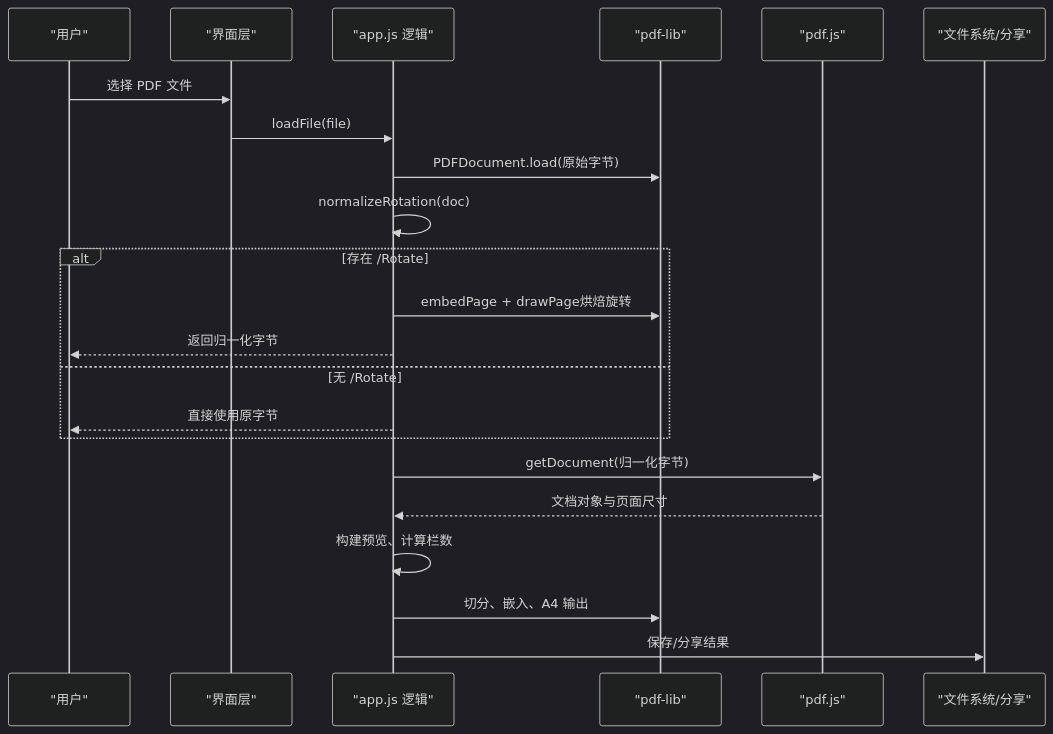
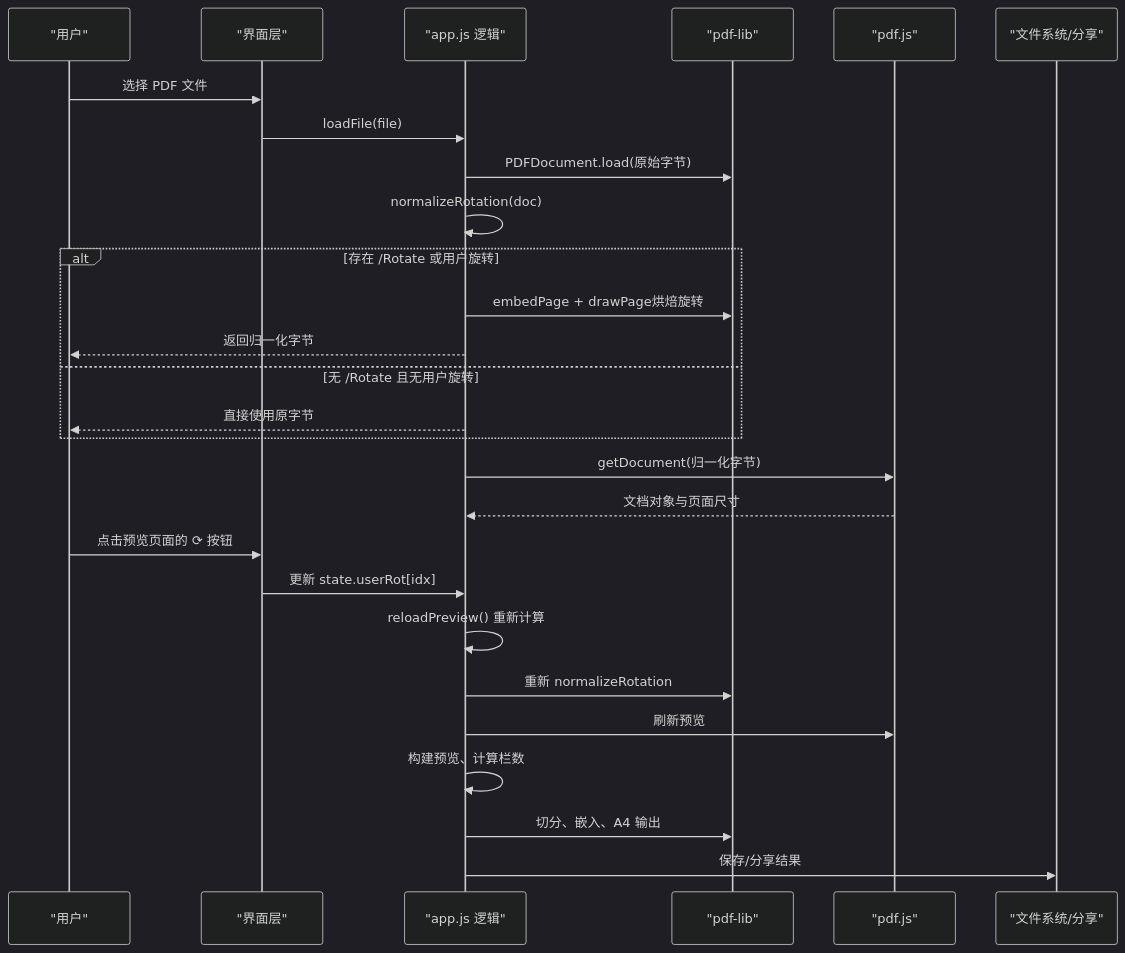
Before and after one commit to wzh8080/PDFTools: the second of 8 diagrams in .qoder/repowiki/zh/content/PDF处理引擎/旋转校正算法.md, drawn with Mermaid (dark theme). The commit also changed other lines of this file and 30 other files, not shown here.

````diff
--- a/.qoder/repowiki/zh/content/PDF处理引擎/旋转校正算法.md
+++ b/.qoder/repowiki/zh/content/PDF处理引擎/旋转校正算法.md
@@ -74,24 +89,29 @@
 ```mermaid
 sequenceDiagram
 participant User as "用户"
 participant UI as "界面层"
 participant App as "app.js 逻辑"
 participant PL as "pdf-lib"
 participant PJ as "pdf.js"
 participant FS as "文件系统/分享"
 User->>UI : 选择 PDF 文件
 UI->>App : loadFile(file)
 App->>PL : PDFDocument.load(原始字节)
 App->>App : normalizeRotation(doc)
-alt 存在 /Rotate
+alt 存在 /Rotate 或用户旋转
 App->>PL : embedPage + drawPage烘焙旋转
 App-->>User : 返回归一化字节
-else 无 /Rotate
+else 无 /Rotate 且无用户旋转
 App-->>User : 直接使用原字节
 end
 App->>PJ : getDocument(归一化字节)
 PJ-->>App : 文档对象与页面尺寸
+User->>UI : 点击预览页面的 ⟳ 按钮
+UI->>App : 更新 state.userRot[idx]
+App->>App : reloadPreview() 重新计算
+App->>PL : 重新 normalizeRotation
+App->>PJ : 刷新预览
 App->>App : 构建预览、计算栏数
 App->>PL : 切分、嵌入、A4 输出
 App->>FS : 保存/分享结果
 ```
````
